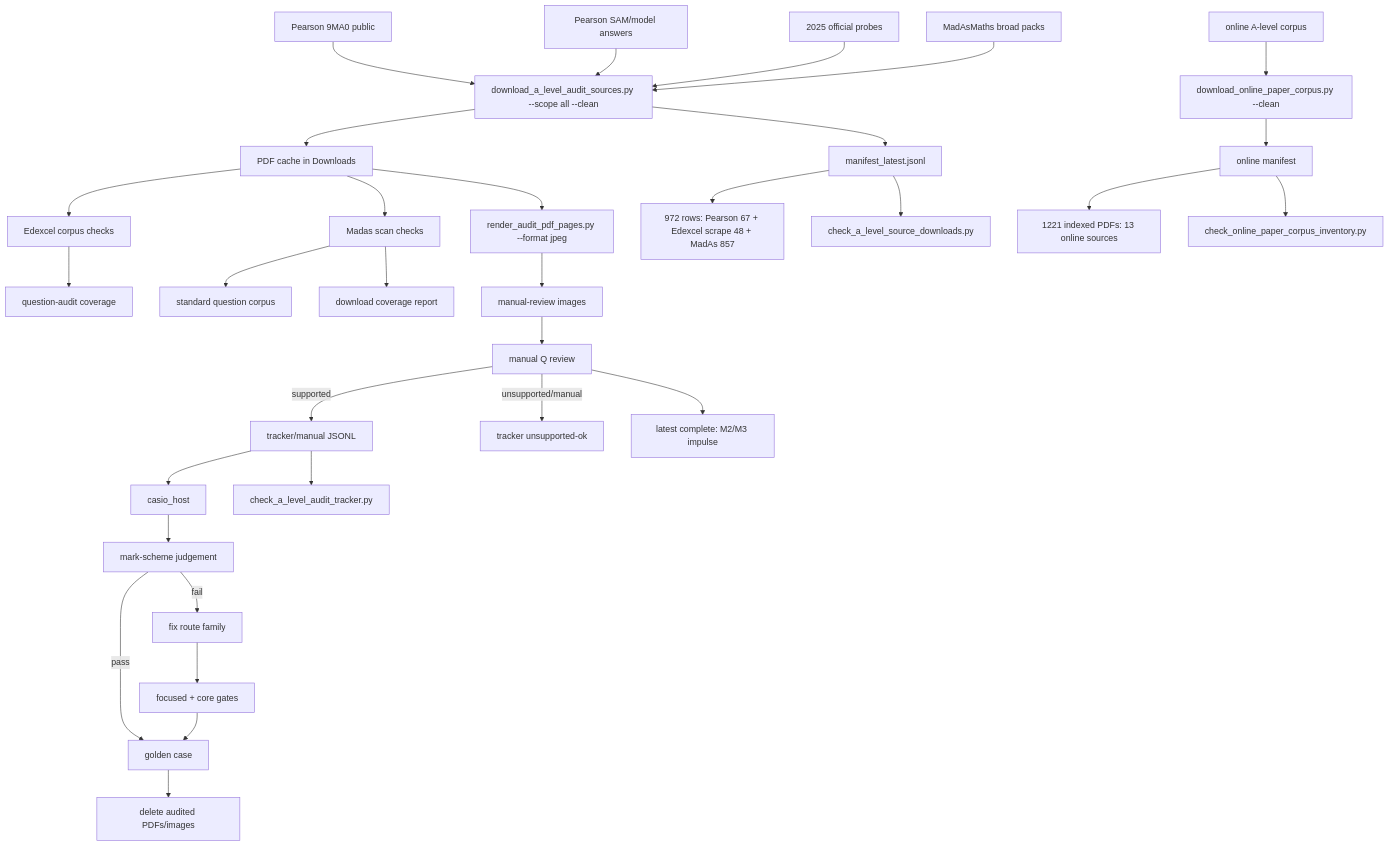
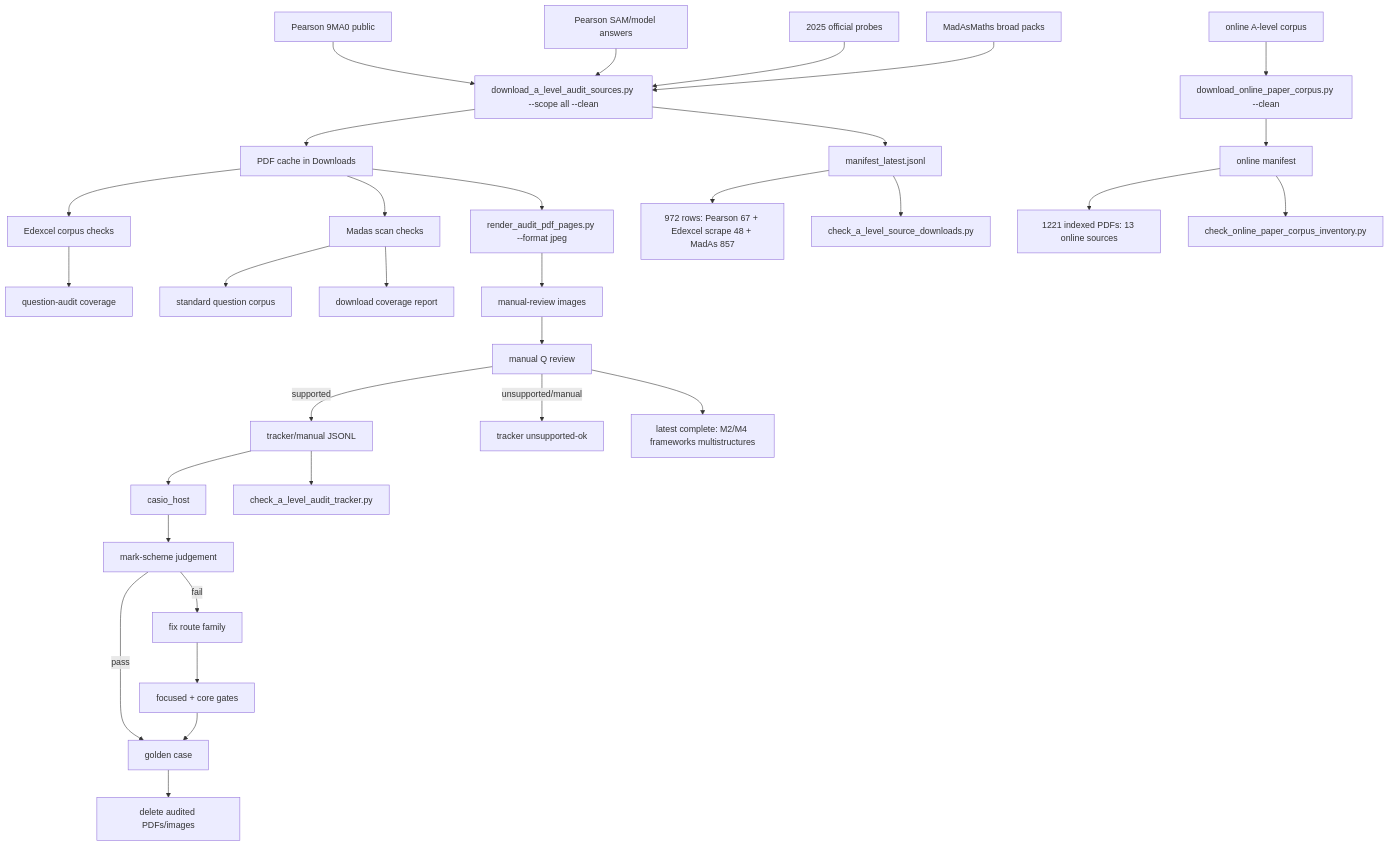
One commit to james8464/notes-addin-casio-fx-cg50 changed the diagram in c++/tools/golden/a_level_audit_graph.md. Above: the diagram before and after it, drawn with Mermaid. The commit also changed other lines of this file and 2 other files, not shown here.

Commit message:
Audit M2 M4 frameworks booklet

````diff
--- a/c++/tools/golden/a_level_audit_graph.md
+++ b/c++/tools/golden/a_level_audit_graph.md
@@ -3,34 +3,34 @@
 ```mermaid
 graph TD
   E1["Pearson 9MA0 public"] --> D["download_a_level_audit_sources.py --scope all --clean"]
   E2["Pearson SAM/model answers"] --> D
   E3["2025 official probes"] --> D
   M1["MadAsMaths broad packs"] --> D
   O1["online A-level corpus"] --> OD["download_online_paper_corpus.py --clean"]
   D --> P["PDF cache in Downloads"]
   D --> X["manifest_latest.jsonl"]
   OD --> OX["online manifest"]
   X --> XC["972 rows: Pearson 67 + Edexcel scrape 48 + MadAs 857"]
   OX --> OC["1221 indexed PDFs: 13 online sources"]
   X --> V["check_a_level_source_downloads.py"]
   OX --> OV["check_online_paper_corpus_inventory.py"]
   P --> E["Edexcel corpus checks"]
   E --> EQ["question-audit coverage"]
   P --> S["Madas scan checks"]
   S --> M["standard question corpus"]
   S --> MC["download coverage report"]
   P --> R["render_audit_pdf_pages.py --format jpeg"]
   R --> I["manual-review images"]
   I --> Q["manual Q review"]
   Q -->|supported| J["tracker/manual JSONL"]
   Q -->|unsupported/manual| U["tracker unsupported-ok"]
   J --> H["casio_host"]
   J --> K["check_a_level_audit_tracker.py"]
   H --> C["mark-scheme judgement"]
   C -->|pass| G["golden case"]
   C -->|fail| F["fix route family"]
   F --> T["focused + core gates"]
   T --> G
   G --> Z["delete audited PDFs/images"]
-  Q --> Qt["latest complete: M2/M3 impulse"]
+  Q --> Qt["latest complete: M2/M4 frameworks multistructures"]
 ```
````
